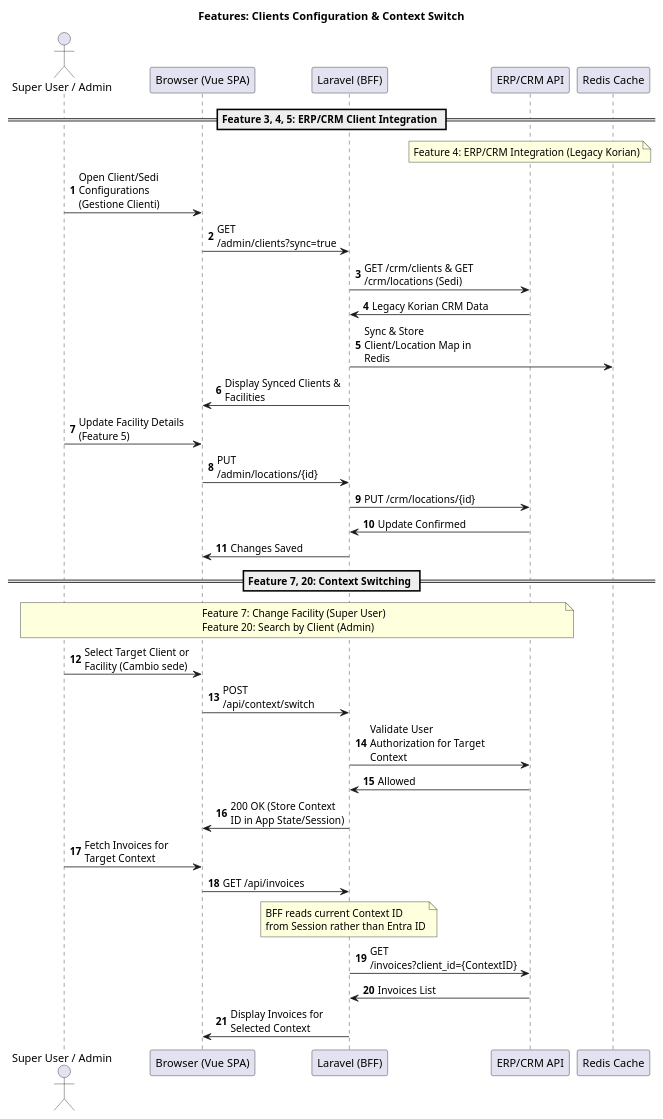
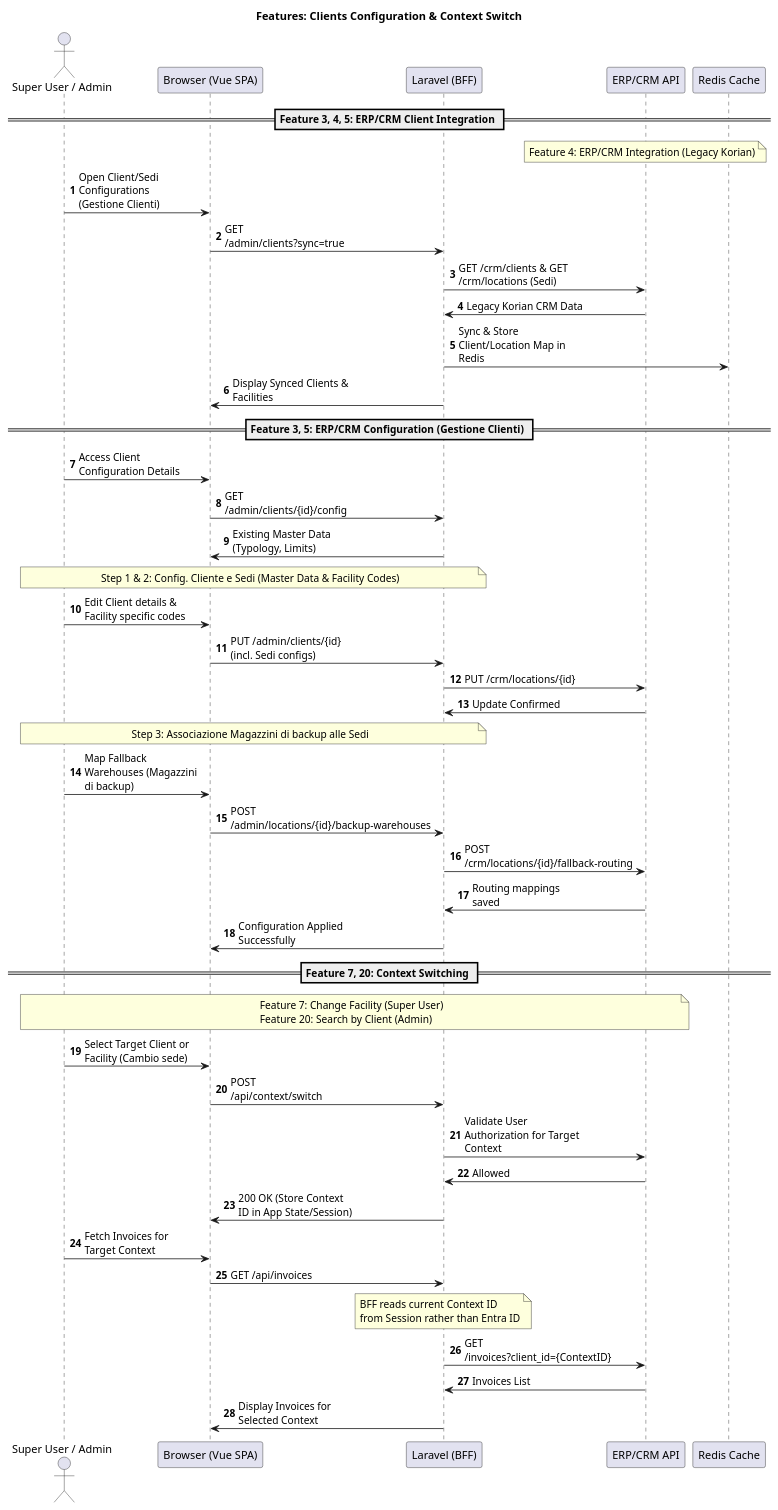
Before and after one commit to gant85/ospedaliero-design: the diagram in docs/diagrams/sequence-feat-context-clients.puml, drawn with PlantUML. The commit also changed 3 other files, not shown here.

```diff
--- a/docs/diagrams/sequence-feat-context-clients.puml
+++ b/docs/diagrams/sequence-feat-context-clients.puml
@@ -1,46 +1,59 @@
 @startuml
 title Features: Clients Configuration & Context Switch
 skinparam maxMessageSize 150
 autonumber
 
 actor "Super User / Admin" as User
 participant "Browser (Vue SPA)" as Browser
 participant "Laravel (BFF)" as BFF
 participant "ERP/CRM API" as ERP
 participant "Redis Cache" as Cache
 
 == Feature 3, 4, 5: ERP/CRM Client Integration ==
 
 note over ERP: Feature 4: ERP/CRM Integration (Legacy Korian)
 
 User -> Browser: Open Client/Sedi Configurations (Gestione Clienti)
 Browser -> BFF: GET /admin/clients?sync=true
 BFF -> ERP: GET /crm/clients & GET /crm/locations (Sedi)
 ERP -> BFF: Legacy Korian CRM Data
 BFF -> Cache: Sync & Store Client/Location Map in Redis
 BFF -> Browser: Display Synced Clients & Facilities
 
-User -> Browser: Update Facility Details (Feature 5)
-Browser -> BFF: PUT /admin/locations/{id}
+== Feature 3, 5: ERP/CRM Configuration (Gestione Clienti) ==
+
+User -> Browser: Access Client Configuration Details
+Browser -> BFF: GET /admin/clients/{id}/config
+BFF -> Browser: Existing Master Data (Typology, Limits)
+
+note over User, BFF: Step 1 & 2: Config. Cliente e Sedi (Master Data & Facility Codes)
+User -> Browser: Edit Client details & Facility specific codes
+Browser -> BFF: PUT /admin/clients/{id} (incl. Sedi configs)
 BFF -> ERP: PUT /crm/locations/{id}
 ERP -> BFF: Update Confirmed
-BFF -> Browser: Changes Saved
+
+note over User, BFF: Step 3: Associazione Magazzini di backup alle Sedi
+User -> Browser: Map Fallback Warehouses (Magazzini di backup)
+Browser -> BFF: POST /admin/locations/{id}/backup-warehouses
+BFF -> ERP: POST /crm/locations/{id}/fallback-routing
+ERP -> BFF: Routing mappings saved
+BFF -> Browser: Configuration Applied Successfully
 
 == Feature 7, 20: Context Switching ==
 
 note over User, ERP: Feature 7: Change Facility (Super User)\nFeature 20: Search by Client (Admin)
 
 User -> Browser: Select Target Client or Facility (Cambio sede)
 Browser -> BFF: POST /api/context/switch
 BFF -> ERP: Validate User Authorization for Target Context
 ERP -> BFF: Allowed
 BFF -> Browser: 200 OK (Store Context ID in App State/Session)
 
 User -> Browser: Fetch Invoices for Target Context
 Browser -> BFF: GET /api/invoices
 note over BFF: BFF reads current Context ID\nfrom Session rather than Entra ID
 BFF -> ERP: GET /invoices?client_id={ContextID}
 ERP -> BFF: Invoices List
 BFF -> Browser: Display Invoices for Selected Context
 
 @enduml
```
